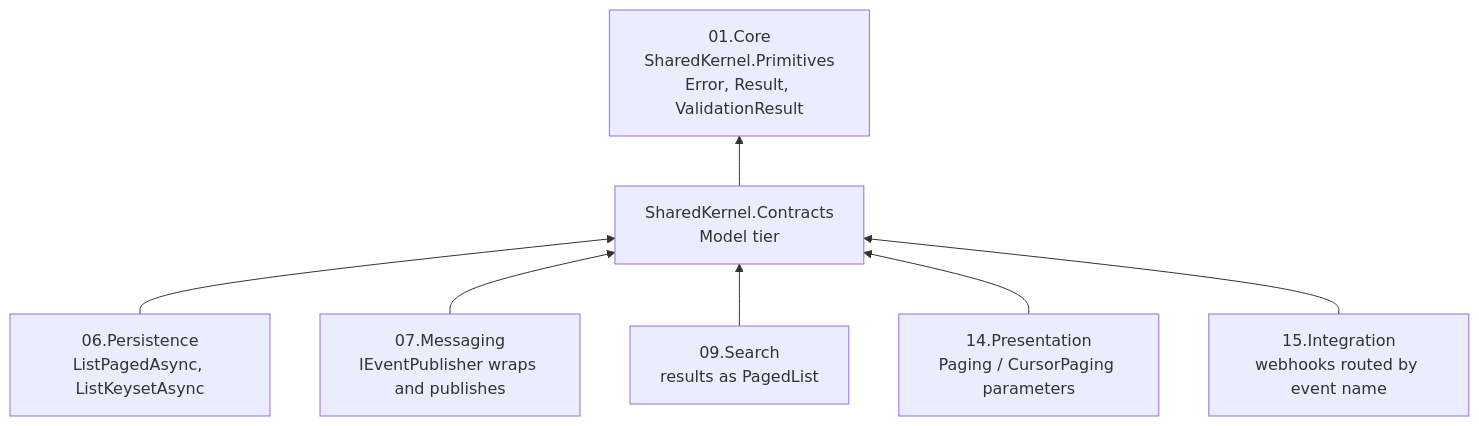
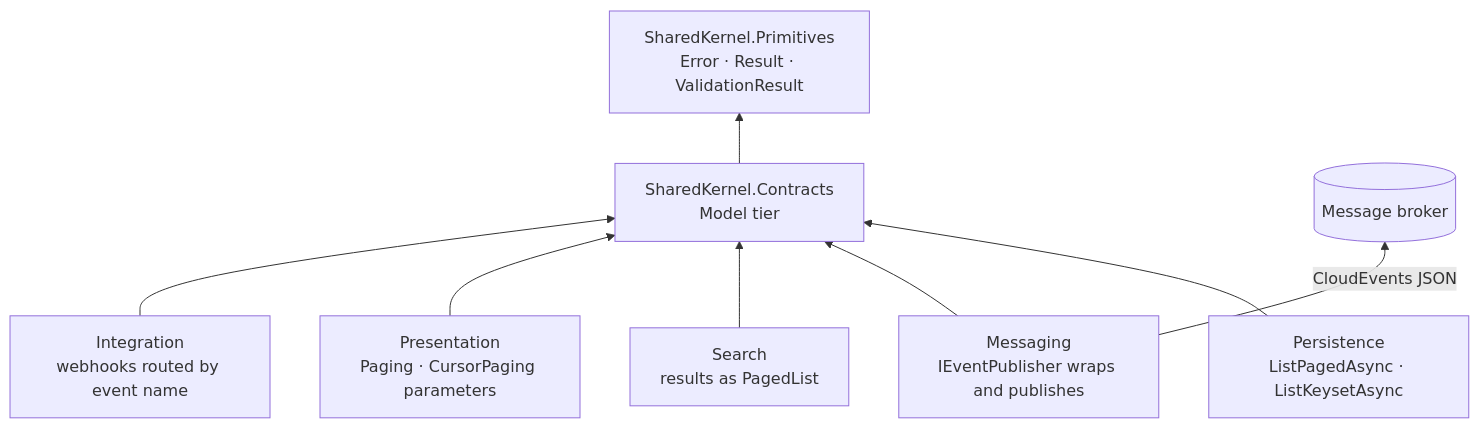
Before and after one commit to Gresta-Vertex-Labs/platform-shared-kernel: the diagram in src/Model/Contracts/README.md, drawn with Mermaid. The commit also changed other lines of this file and 228 other files, not shown here.

````diff
--- a/src/Model/Contracts/README.md
+++ b/src/Model/Contracts/README.md
@@ -47,16 +46,18 @@
 ```mermaid
 flowchart BT
-    Primitives["01.Core<br/>SharedKernel.Primitives<br/>Error, Result, ValidationResult"]
+    Primitives["SharedKernel.Primitives<br/>Error · Result · ValidationResult"]
     Contracts["SharedKernel.Contracts<br/>Model tier"]
-    Persistence["06.Persistence<br/>ListPagedAsync, ListKeysetAsync"]
-    Messaging["07.Messaging<br/>IEventPublisher wraps and publishes"]
-    Search["09.Search<br/>results as PagedList"]
-    Presentation["14.Presentation<br/>Paging / CursorPaging parameters"]
-    Integration["15.Integration<br/>webhooks routed by event name"]
+    Persistence["Persistence<br/>ListPagedAsync · ListKeysetAsync"]
+    Messaging["Messaging<br/>IEventPublisher wraps and publishes"]
+    Search["Search<br/>results as PagedList"]
+    Presentation["Presentation<br/>Paging · CursorPaging parameters"]
+    Integration["Integration<br/>webhooks routed by event name"]
+    Broker[("Message broker")]
     Contracts --> Primitives
     Persistence --> Contracts
     Messaging --> Contracts
     Search --> Contracts
     Presentation --> Contracts
     Integration --> Contracts
+    Messaging -- "CloudEvents JSON" --> Broker
 ```
````
